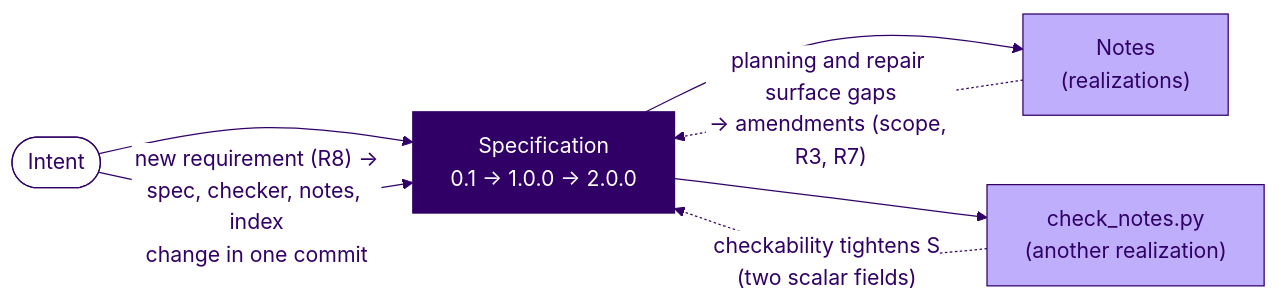
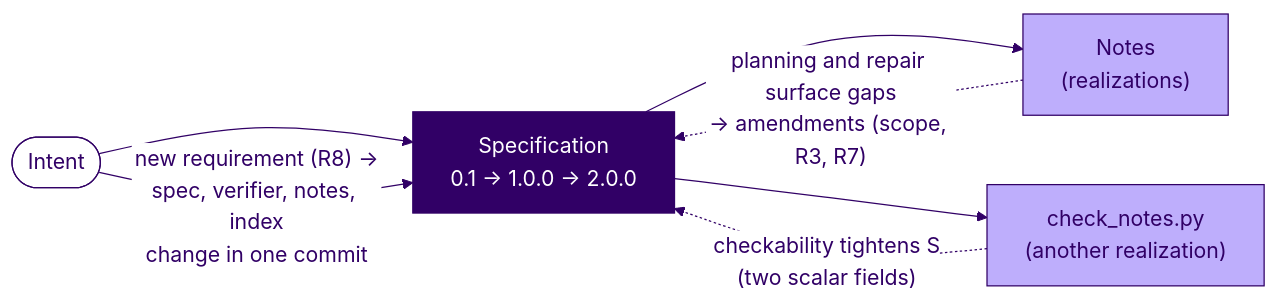
Before and after one commit to santoslab/agentic-software-engineering-public: the diagram in module-software-engineering/slides/diagrams/information-flow.mmd, drawn with Mermaid. The commit also changed 126 other files, not shown here.

```diff
--- a/module-software-engineering/slides/diagrams/information-flow.mmd
+++ b/module-software-engineering/slides/diagrams/information-flow.mmd
@@ -1,25 +1,25 @@
 %%{init: {
   "theme": "base",
   "themeVariables": {
     "primaryColor": "#beaefc",
     "primaryTextColor": "#310066",
     "primaryBorderColor": "#310066",
     "lineColor": "#310066",
     "edgeLabelBackground": "#ffffff",
     "fontFamily": "Helvetica, Arial, sans-serif",
     "fontSize": "17px",
     "clusterBkg": "#f4f1fa",
     "clusterBorder": "#310066"
   },
   "themeCSS": "text, span, div { font-family: Helvetica, Arial, sans-serif !important; }"
 }}%%
 flowchart LR
     I2([Intent]) --> S2["Specification<br/>0.1 → 1.0.0 → 2.0.0"]
     S2 --> R2["Notes<br/>(realizations)"]
     S2 --> C2["check_notes.py<br/>(another realization)"]
     R2 -. "planning and repair surface gaps<br/>→ amendments (scope, R3, R7)" .-> S2
     C2 -. "checkability tightens S<br/>(two scalar fields)" .-> S2
-    I2 -- "new requirement (R8) →<br/>spec, checker, notes, index<br/>change in one commit" --> S2
+    I2 -- "new requirement (R8) →<br/>spec, verifier, notes, index<br/>change in one commit" --> S2
 
     style I2 fill:#ffffff
     style S2 fill:#310066,color:#ffffff,stroke:#310066
```
